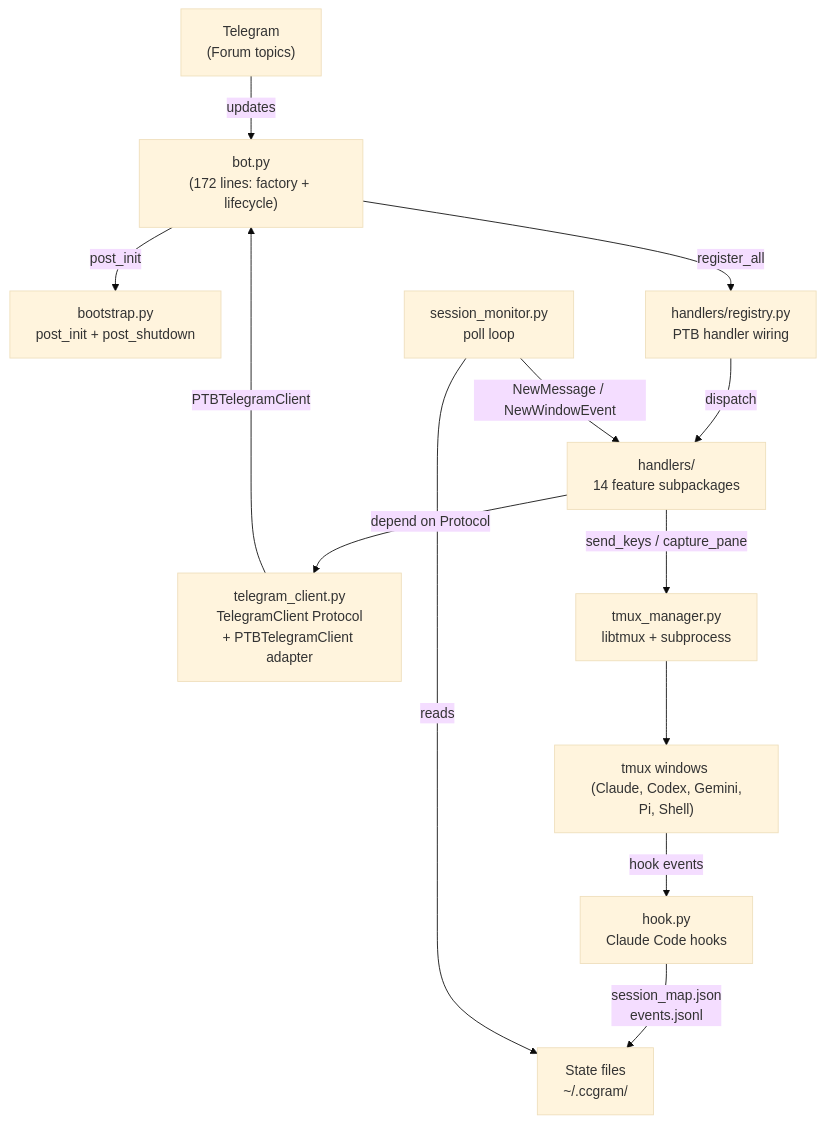
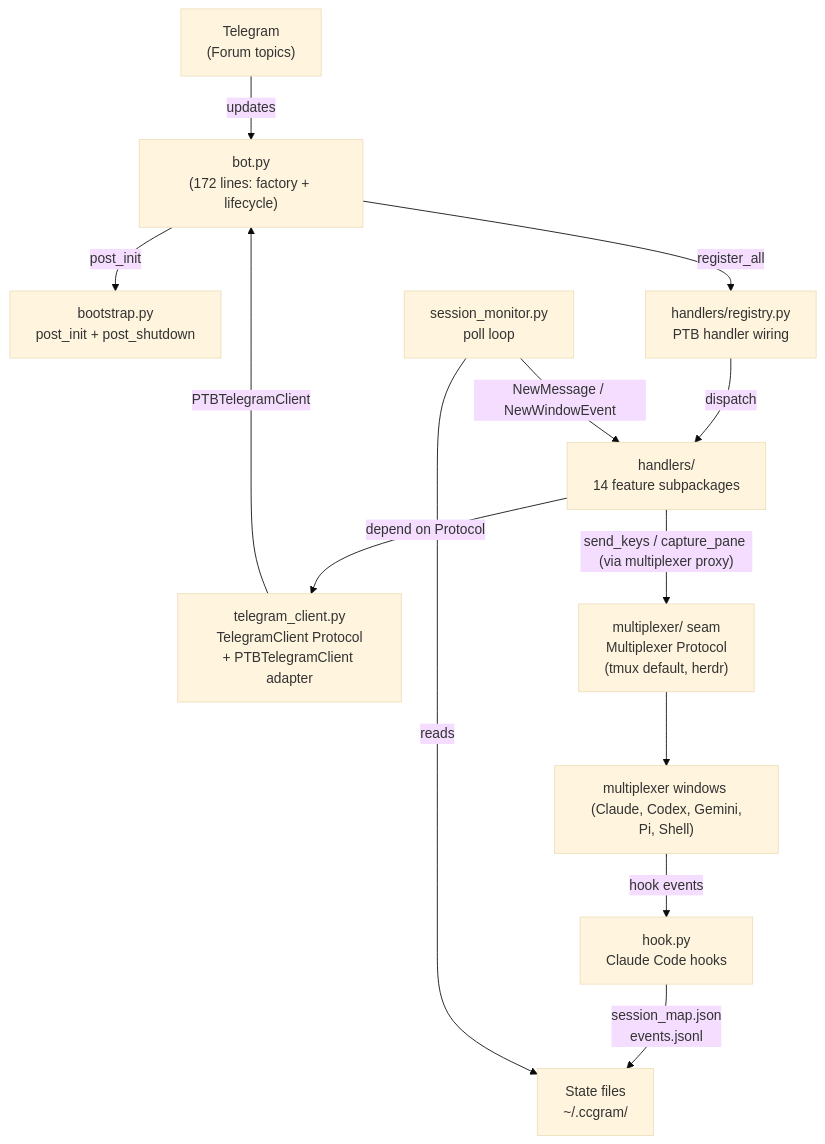
Before and after one commit to alexei-led/ccgram: the first of 8 diagrams in docs/architecture.md, drawn with Mermaid (base theme). The commit also changed other lines of this file and 3 other files, not shown here.

Commit message:
feat: verify multiplexer seam acceptance + document CCGRAM_MULTIPLEXER (Task 12)

````diff
--- a/docs/architecture.md
+++ b/docs/architecture.md
@@ -9,27 +9,27 @@
 ```mermaid
 graph TB
     Telegram["Telegram<br>(Forum topics)"]
     Bot["bot.py<br>(172 lines: factory + lifecycle)"]
     Bootstrap["bootstrap.py<br>post_init + post_shutdown"]
     Registry["handlers/registry.py<br>PTB handler wiring"]
     TC["telegram_client.py<br>TelegramClient Protocol<br>+ PTBTelegramClient adapter"]
     Handlers["handlers/<br>14 feature subpackages"]
-    TmuxMgr["tmux_manager.py <br> libtmux + subprocess"]
-    Windows["tmux windows <br> (Claude, Codex, Gemini, Pi, Shell)"]
+    TmuxMgr["multiplexer/ seam <br> Multiplexer Protocol <br> (tmux default, herdr)"]
+    Windows["multiplexer windows <br> (Claude, Codex, Gemini, Pi, Shell)"]
     Hook["hook.py<br>Claude Code hooks"]
     Monitor["session_monitor.py<br>poll loop"]
     State["State files<br>~/.ccgram/"]
 
     Telegram -- "updates" --> Bot
     Bot -- "post_init" --> Bootstrap
     Bot -- "register_all" --> Registry
     Registry -- "dispatch" --> Handlers
     Handlers -- "depend on Protocol" --> TC
     TC -- "PTBTelegramClient" --> Bot
-    Handlers -- "send_keys / capture_pane" --> TmuxMgr
+    Handlers -- "send_keys / capture_pane (via multiplexer proxy)" --> TmuxMgr
     TmuxMgr --> Windows
     Windows -- "hook events" --> Hook
     Hook -- "session_map.json<br>events.jsonl" --> State
     Monitor -- "reads" --> State
     Monitor -- "NewMessage / NewWindowEvent" --> Handlers
 ```
````
